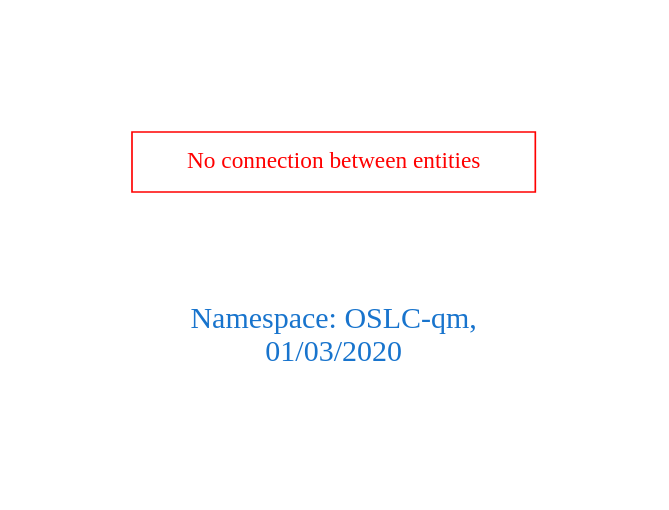
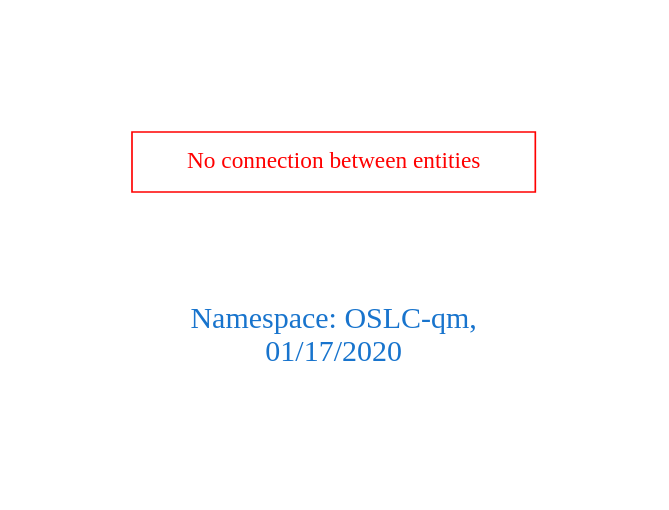
One commit to arago/OGIT changed the diagram in downloads/OSLC-qm.dot. Above: the diagram before and after it, drawn with Graphviz. The commit also changed 1723 other files, not shown here.

```diff
--- a/downloads/OSLC-qm.dot
+++ b/downloads/OSLC-qm.dot
@@ -1,9 +1,9 @@
 digraph OGIT_ontology {
  graph [ rankdir= LR,pad=1 
 fontsize = 18,
-fontcolor= dodgerblue3,label = "\n\n\nNamespace: OSLC-qm, \n 01/03/2020"];
+fontcolor= dodgerblue3,label = "\n\n\nNamespace: OSLC-qm, \n 01/17/2020"];
 node[shape=polygon];
 edge [  color="gray81"];
 
 "No connection between entities" [fontcolor = "red",color="red", shape="polygon"]
 }
```
